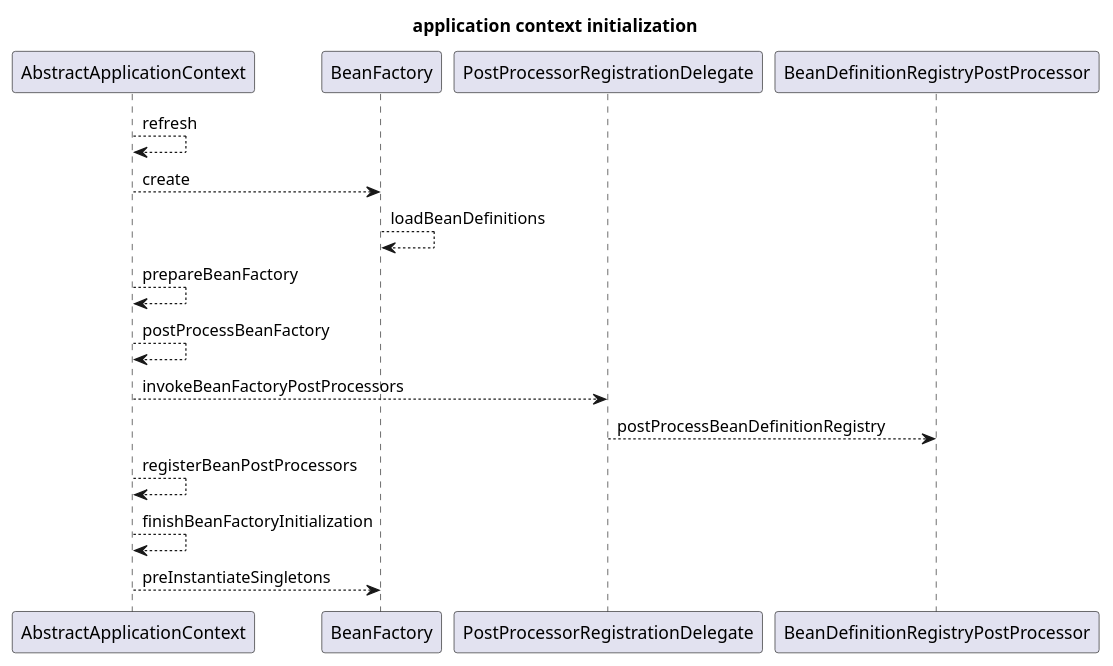
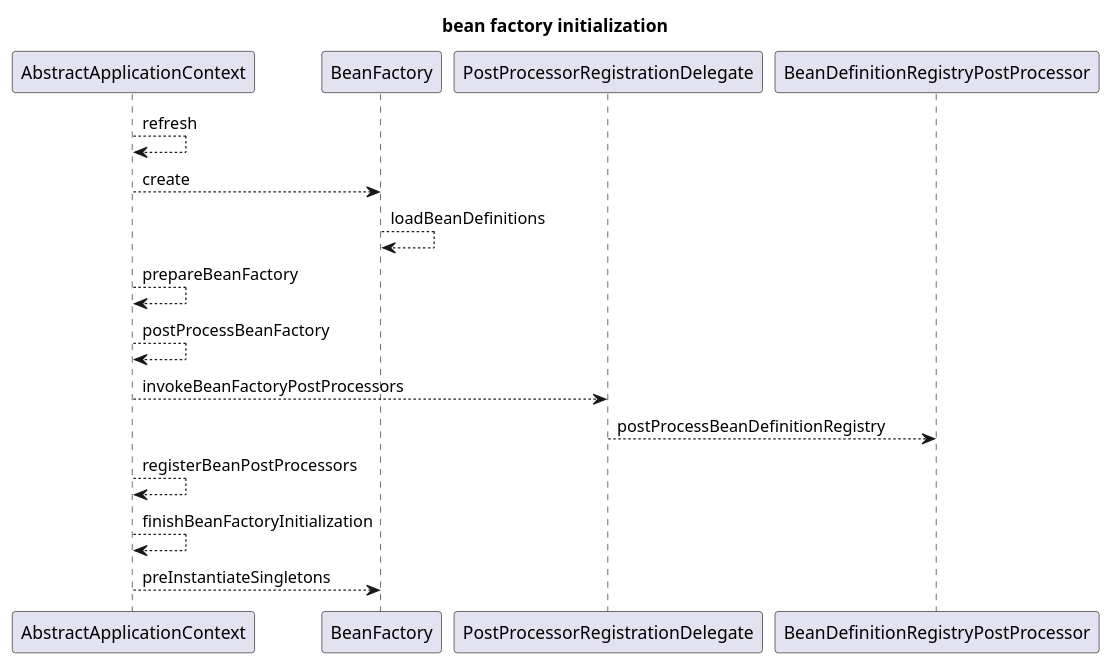
One commit to kevinwang930/kevinwang930.github.io changed diagram 13 of 14 in content/post/java/spring/spring-core-container/index.md. Above: the diagram before and after it, drawn with PlantUML. The commit also changed other lines of this file and 3 other files, not shown here.

````diff
--- a/content/post/java/spring/spring-core-container/index.md
+++ b/content/post/java/spring/spring-core-container/index.md
@@ -508,13 +531,13 @@
 ```plantuml
-title : application context initialization
+title : bean factory initialization
 AbstractApplicationContext--> AbstractApplicationContext:refresh
 AbstractApplicationContext --> BeanFactory: create
 BeanFactory --> BeanFactory:loadBeanDefinitions
 AbstractApplicationContext --> AbstractApplicationContext:prepareBeanFactory
 AbstractApplicationContext --> AbstractApplicationContext:postProcessBeanFactory
 AbstractApplicationContext --> PostProcessorRegistrationDelegate:invokeBeanFactoryPostProcessors
 PostProcessorRegistrationDelegate --> BeanDefinitionRegistryPostProcessor:postProcessBeanDefinitionRegistry
 AbstractApplicationContext--> AbstractApplicationContext:registerBeanPostProcessors
 AbstractApplicationContext --> AbstractApplicationContext:finishBeanFactoryInitialization
 AbstractApplicationContext --> BeanFactory:preInstantiateSingletons
 ```
````
